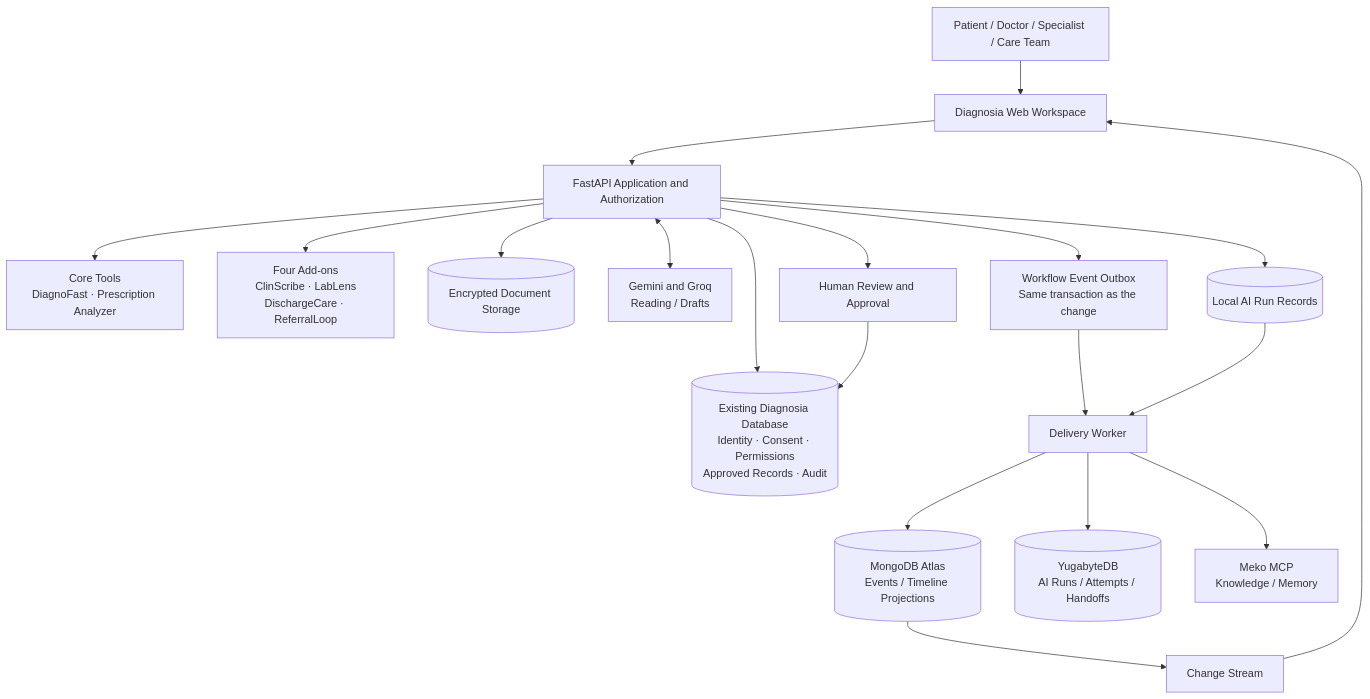
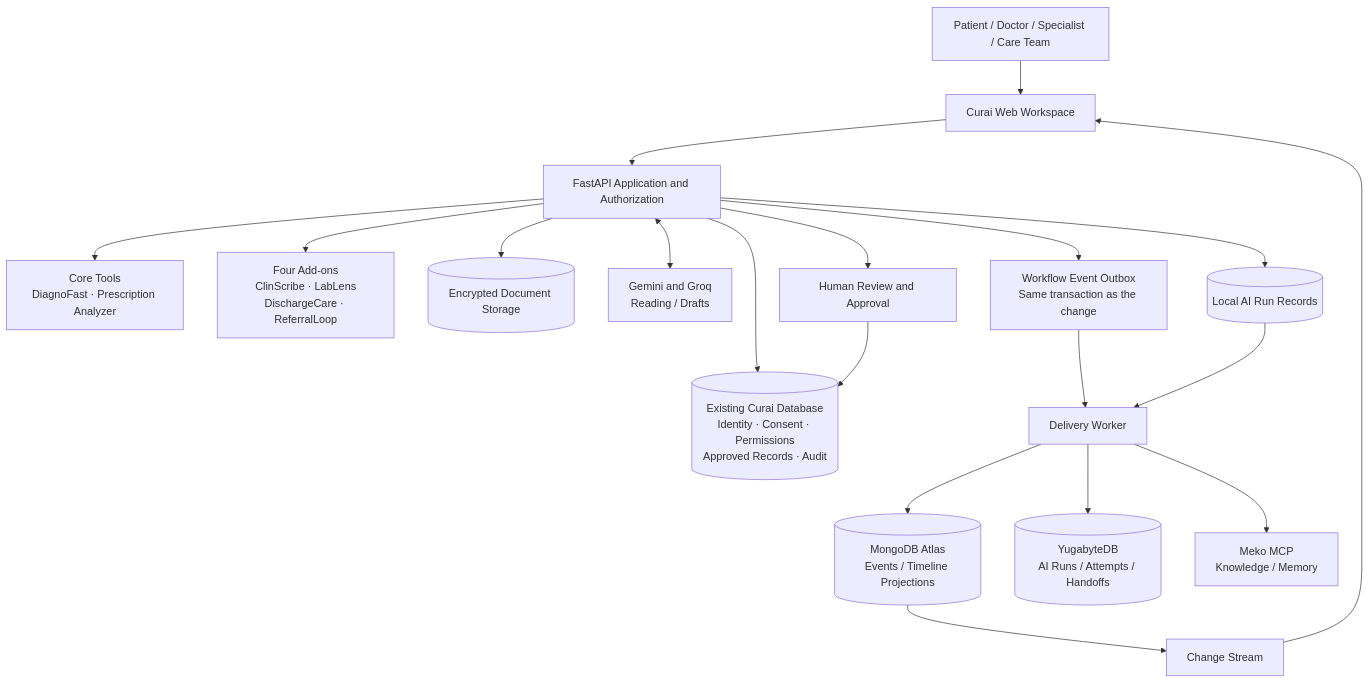
Before and after one commit to adityafilesx/Diagnosia: the first of 2 diagrams in README.md, drawn with Mermaid. The commit also changed other lines of this file and 98 other files, not shown here.

First line of the commit message:
Rename Diagnosia to Curai

````diff
--- a/README.md
+++ b/README.md
@@ -248,25 +249,25 @@
 ```mermaid
 flowchart TD
-    U[Patient / Doctor / Specialist / Care Team] --> WEB[Diagnosia Web Workspace]
+    U[Patient / Doctor / Specialist / Care Team] --> WEB[Curai Web Workspace]
     WEB --> API[FastAPI Application and Authorization]
 
     API --> CORE[Core Tools<br/>DiagnoFast · Prescription Analyzer]
     API --> ADDONS[Four Add-ons<br/>ClinScribe · LabLens<br/>DischargeCare · ReferralLoop]
 
-    API --> DB[(Existing Diagnosia Database<br/>Identity · Consent · Permissions<br/>Approved Records · Audit)]
+    API --> DB[(Existing Curai Database<br/>Identity · Consent · Permissions<br/>Approved Records · Audit)]
     API --> DOCS[(Encrypted Document Storage)]
 
     API <--> GEM[Gemini and Groq<br/>Reading / Drafts]
     API --> OUTBOX[Workflow Event Outbox<br/>Same transaction as the change]
     API --> RUNS[(Local AI Run Records)]
     OUTBOX --> WORKER[Delivery Worker]
     RUNS --> WORKER
     WORKER --> ATLAS[(MongoDB Atlas<br/>Events / Timeline Projections)]
     WORKER --> YB[(YugabyteDB<br/>AI Runs / Attempts / Handoffs)]
     WORKER --> MEKO[Meko MCP<br/>Knowledge / Memory]
     ATLAS --> STREAM[Change Stream]
     STREAM --> WEB
 
     API --> REVIEW[Human Review and Approval]
     REVIEW --> DB
 ```
````
